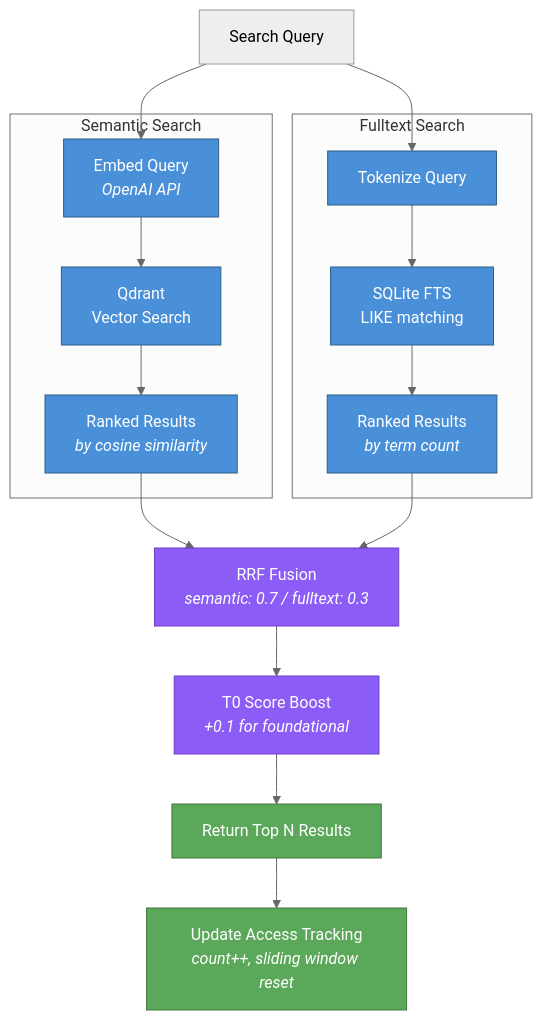
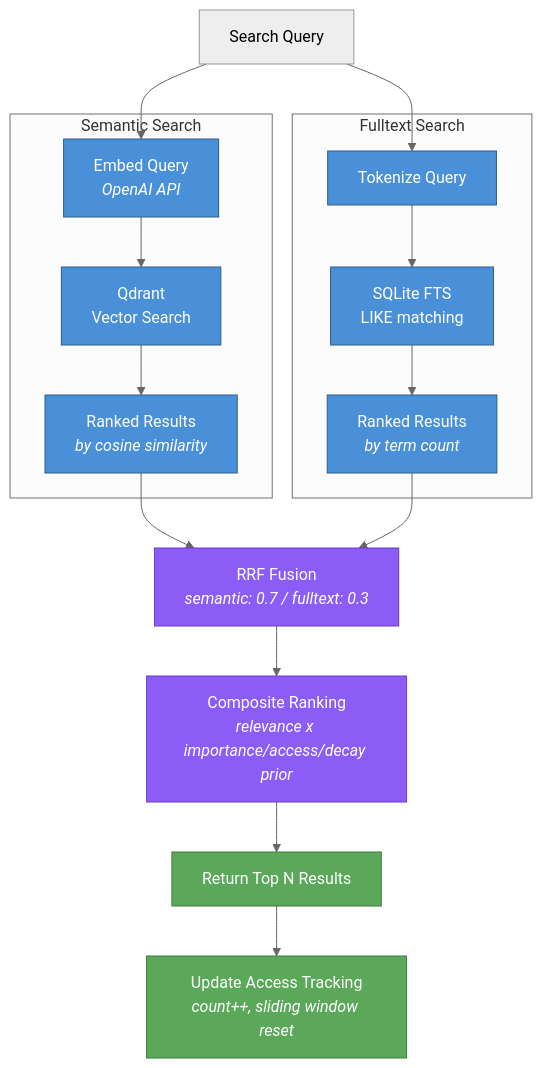
Before and after one commit to Big-Hat-Group-Inc/BHGBrain: the seventh of 8 diagrams in README.de.md, drawn with Mermaid (neutral theme). The commit also changed other lines of this file and 13 other files, not shown here.

First line of the commit message:
feat(add-composite-recall-ranking): rank search/recall by relevance x importance/access/decay prior

````diff
--- a/README.de.md
+++ b/README.de.md
@@ -1467,28 +1484,28 @@
 ```mermaid
 flowchart TD
     Q["Search Query"] --> P1 & P2
 
     subgraph Semantic["Semantic Search"]
         P1["Embed Query<br/><i>OpenAI API</i>"] --> QD["Qdrant<br/>Vector Search"]
         QD --> SR["Ranked Results<br/><i>by cosine similarity</i>"]
     end
 
     subgraph Fulltext["Fulltext Search"]
         P2["Tokenize Query"] --> FTS["SQLite FTS<br/>LIKE matching"]
         FTS --> FR["Ranked Results<br/><i>by term count</i>"]
     end
 
     SR --> RRF["RRF Fusion<br/><i>semantic: 0.7 / fulltext: 0.3</i>"]
     FR --> RRF
-    RRF --> BOOST["T0 Score Boost<br/><i>+0.1 for foundational</i>"]
-    BOOST --> TOP["Return Top N Results"]
+    RRF --> RANK["Composite Ranking<br/><i>relevance x importance/access/decay prior</i>"]
+    RANK --> TOP["Return Top N Results"]
     TOP --> TRACK["Update Access Tracking<br/><i>count++, sliding window reset</i>"]
 
     classDef search fill:#4a90d9,stroke:#2c5f8a,color:#fff
     classDef fusion fill:#8b5cf6,stroke:#6d3fc4,color:#fff
     classDef result fill:#5ba85b,stroke:#3d7a3d,color:#fff
 
     class P1,QD,SR,P2,FTS,FR search
-    class RRF,BOOST fusion
+    class RRF,RANK fusion
     class TOP,TRACK result
 ```
````
